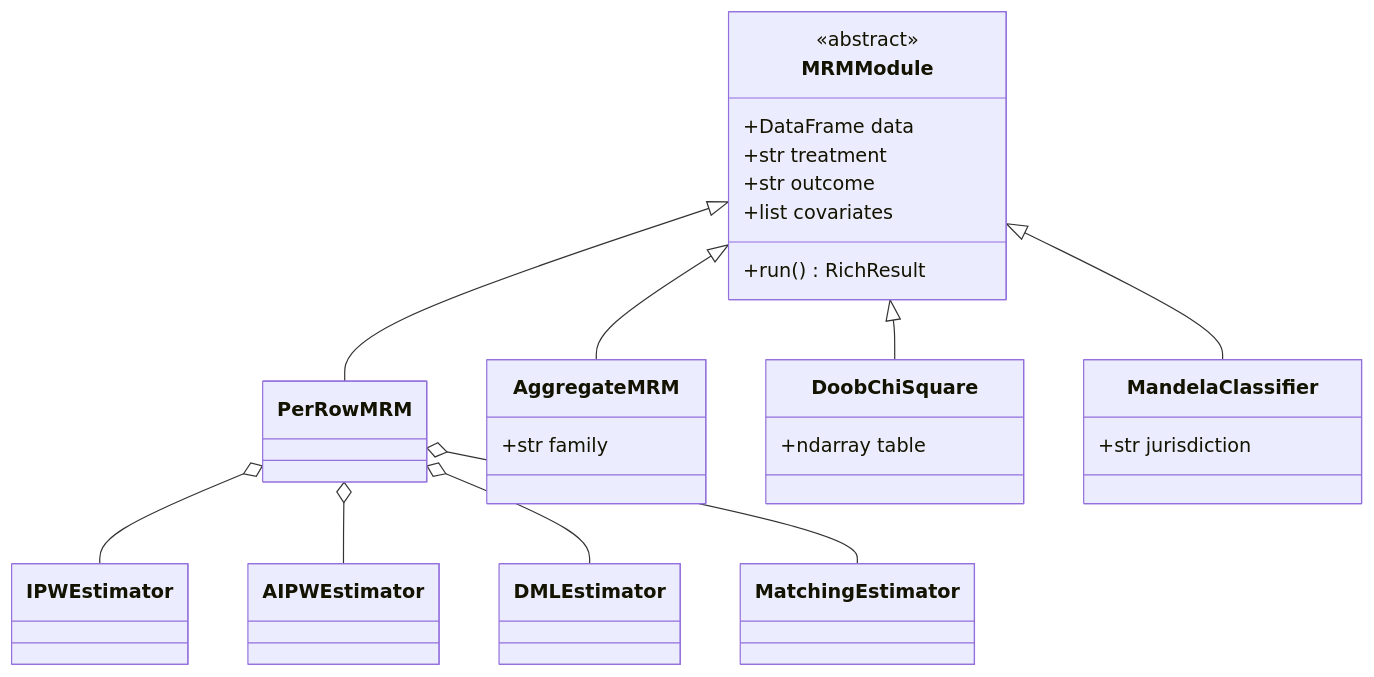
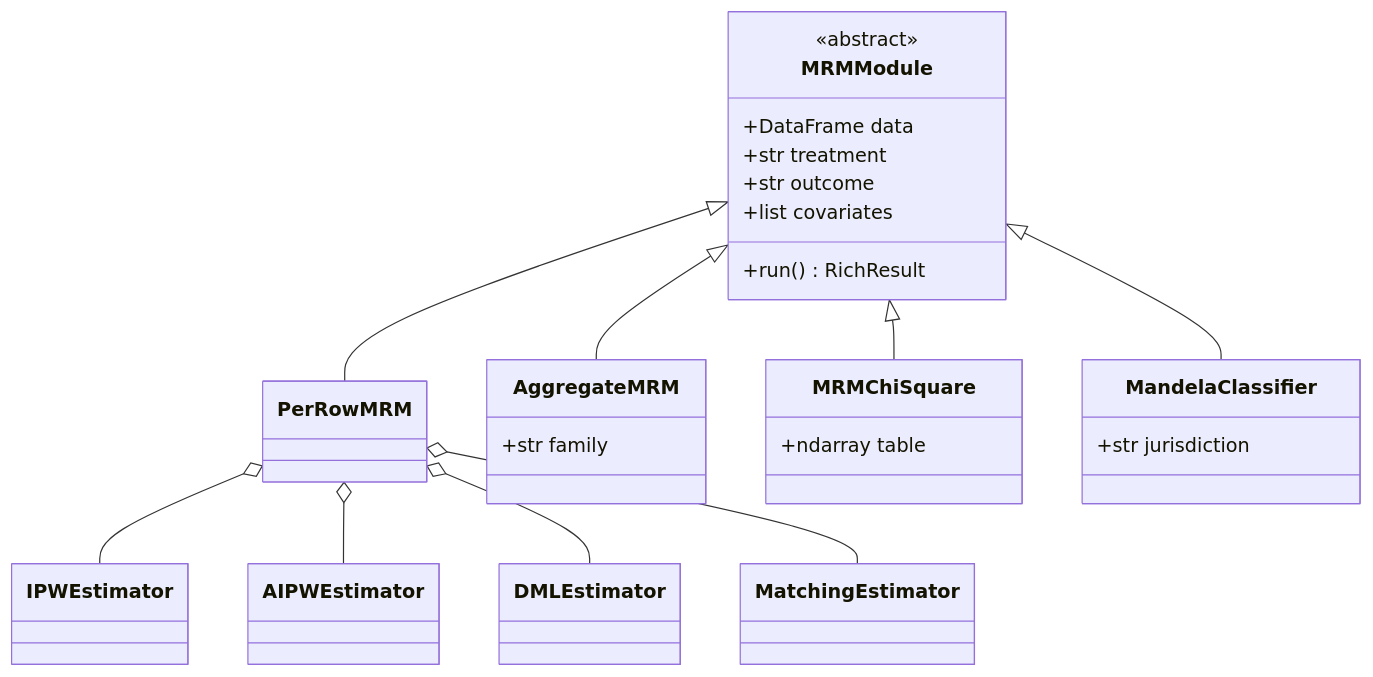
Before and after one commit to rootcoder007/rootcoder007: the second of 2 diagrams in README.md, drawn with Mermaid. The commit also changed other lines of this file, not shown here.

Commit message:
fix: 'DoobChiSquare' → 'MRMChiSquare' (matches v0.9.5.x R vignette rename); bump static MORIE-0.8.0 badge → 0.9.5.3

````diff
--- a/README.md
+++ b/README.md
@@ -133,32 +133,32 @@
 ```mermaid
 classDiagram
   class MRMModule {
     <<abstract>>
     +DataFrame data
     +str treatment
     +str outcome
     +list covariates
     +run() RichResult
   }
 
   class PerRowMRM
   class AggregateMRM {
     +str family
   }
-  class DoobChiSquare {
+  class MRMChiSquare {
     +ndarray table
   }
   class MandelaClassifier {
     +str jurisdiction
   }
 
   MRMModule <|-- PerRowMRM
   MRMModule <|-- AggregateMRM
-  MRMModule <|-- DoobChiSquare
+  MRMModule <|-- MRMChiSquare
   MRMModule <|-- MandelaClassifier
 
   PerRowMRM o-- IPWEstimator
   PerRowMRM o-- AIPWEstimator
   PerRowMRM o-- DMLEstimator
   PerRowMRM o-- MatchingEstimator
 ```
````
